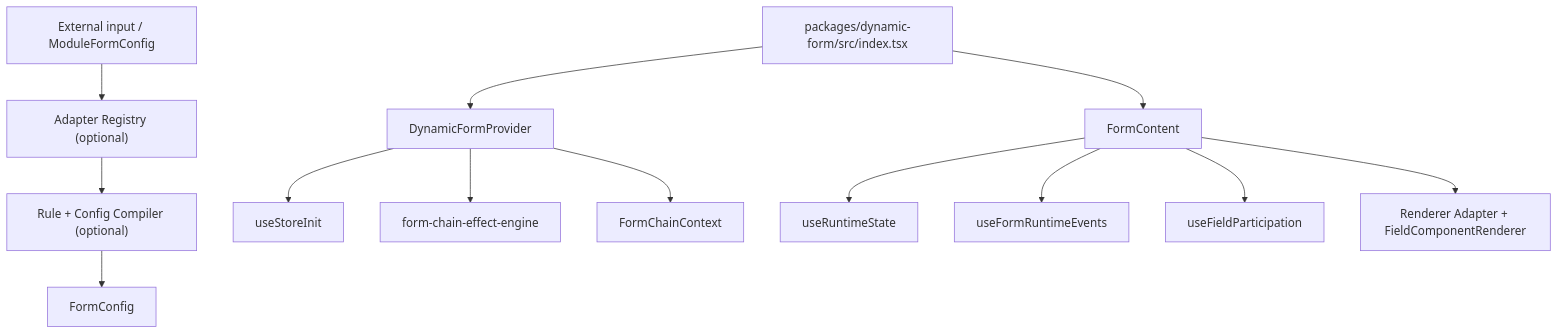
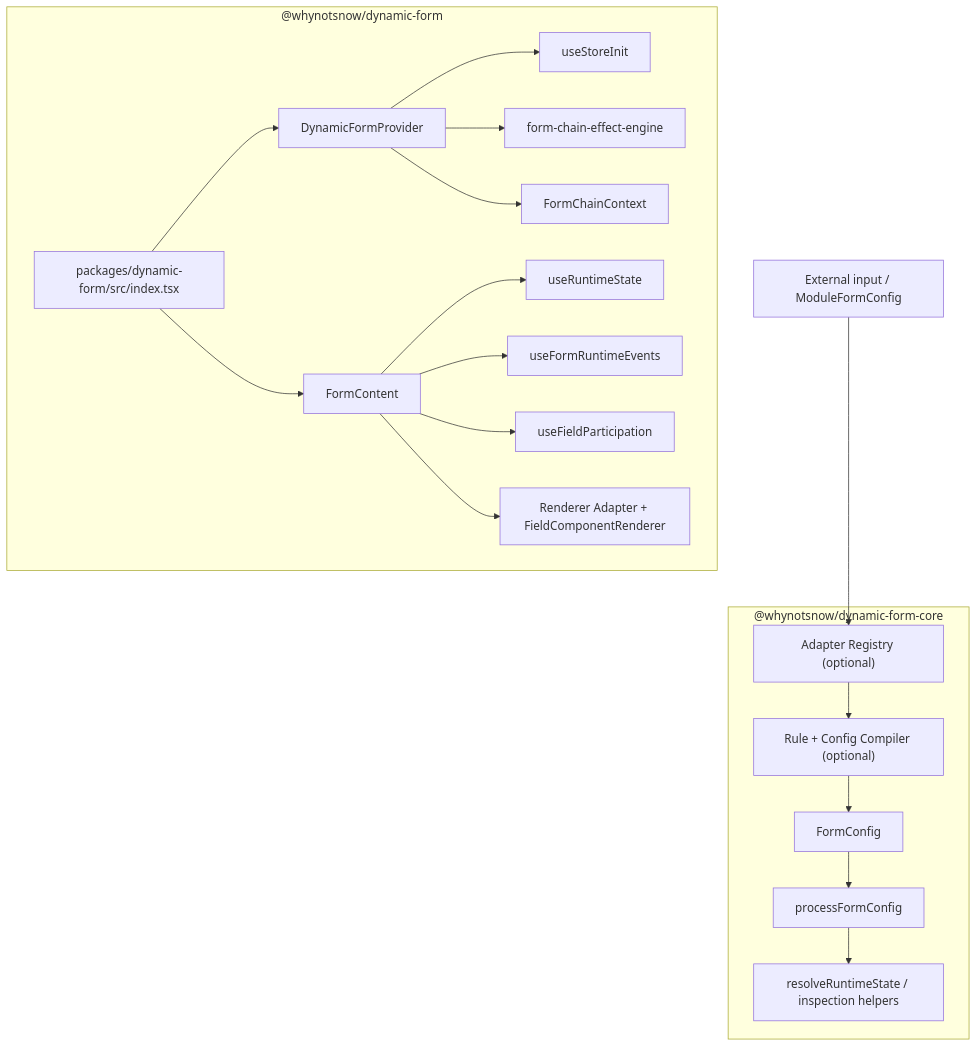
The diagram in apps/docs-site/i18n/en/docusaurus-plugin-content-docs/current/ARCHITECTURE.md (whynotsnow/dynamic-form), drawn with Mermaid before and after one commit. The commit also changed other lines of this file and 19 other files, not shown here.

````diff
--- a/apps/docs-site/i18n/en/docusaurus-plugin-content-docs/current/ARCHITECTURE.md
+++ b/apps/docs-site/i18n/en/docusaurus-plugin-content-docs/current/ARCHITECTURE.md
@@ -17,17 +18,26 @@
 ```mermaid
 flowchart TD
   external["External input / ModuleFormConfig"] --> adapter["Adapter Registry (optional)"]
   adapter --> compiler["Rule + Config Compiler (optional)"]
   compiler --> formConfig["FormConfig"]
 
+  subgraph core["@whynotsnow/dynamic-form-core"]
+    adapter
+    compiler
+    formConfig --> process["processFormConfig"]
+    process --> runtimePure["resolveRuntimeState / inspection helpers"]
+  end
+
+  subgraph react["@whynotsnow/dynamic-form"]
   entry["packages/dynamic-form/src/index.tsx"] --> provider["DynamicFormProvider"]
   provider --> storeInit["useStoreInit"]
   provider --> effectEngine["form-chain-effect-engine"]
   provider --> context["FormChainContext"]
 
   entry --> content["FormContent"]
   content --> runtime["useRuntimeState"]
   content --> events["useFormRuntimeEvents"]
   content --> participation["useFieldParticipation"]
   content --> renderer["Renderer Adapter + FieldComponentRenderer"]
+  end
 ```
````
